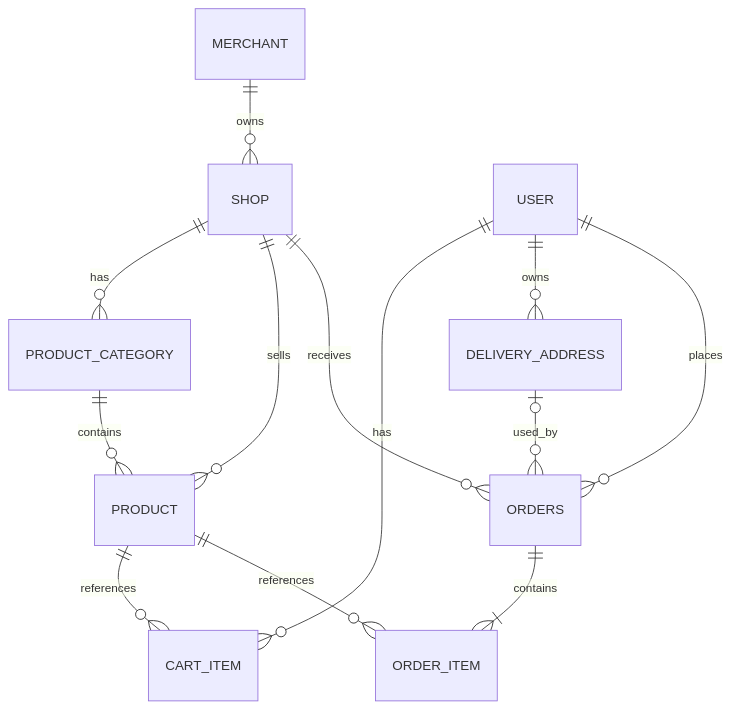
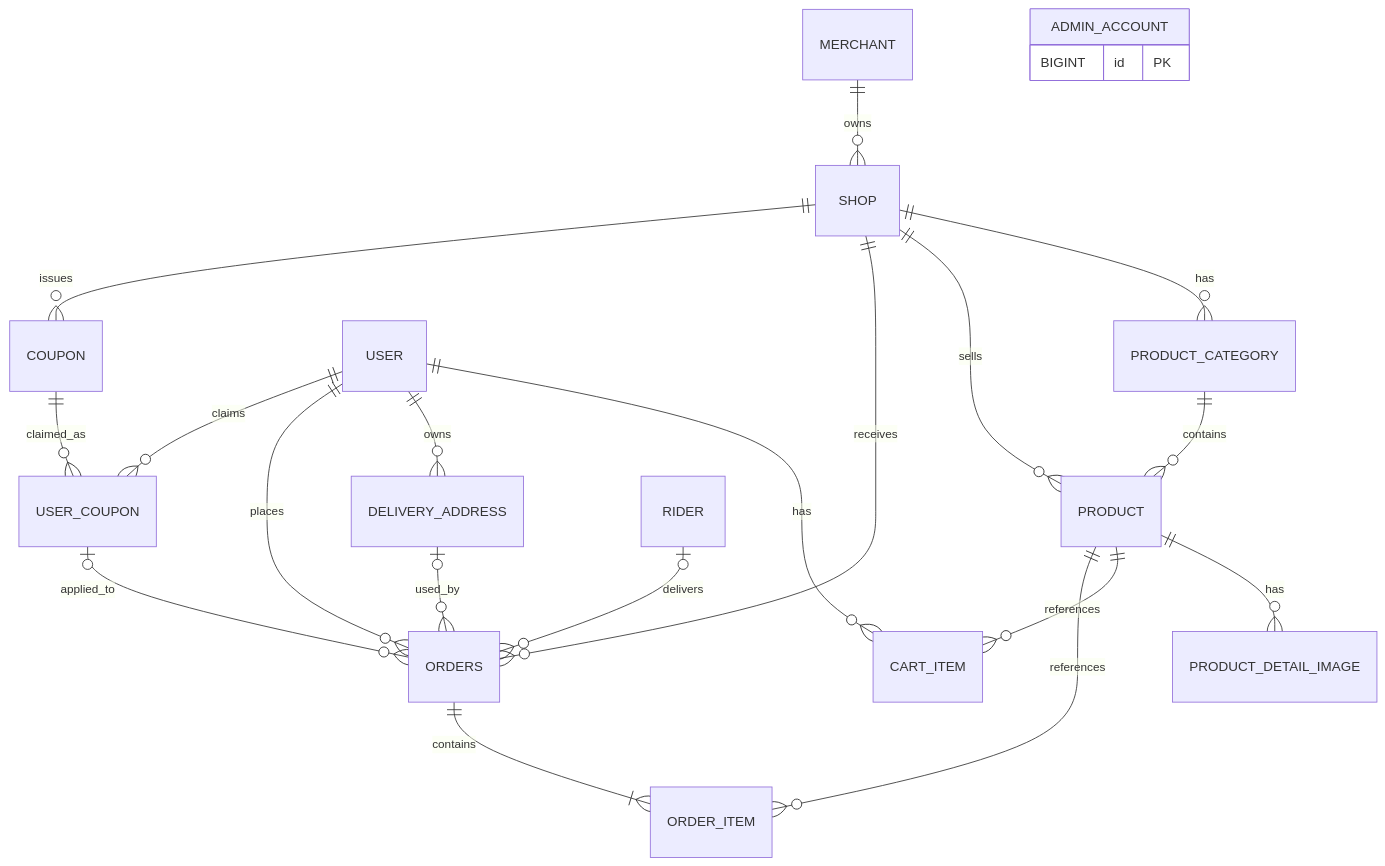
The diagram in docs/database/er-diagram.md (zhipeng-yu/elm-lite-platform), drawn with Mermaid before and after one commit. The commit also changed other lines of this file and 1 other file, not shown here.

Commit message:
docs(database): 更新 V1-V7 数据字典与 ER 图

````diff
--- a/docs/database/er-diagram.md
+++ b/docs/database/er-diagram.md
@@ -21,18 +26,30 @@
 ```mermaid
 erDiagram
     MERCHANT ||--o{ SHOP : owns
     SHOP ||--o{ PRODUCT_CATEGORY : has
     SHOP ||--o{ PRODUCT : sells
     PRODUCT_CATEGORY ||--o{ PRODUCT : contains
+    PRODUCT ||--o{ PRODUCT_DETAIL_IMAGE : has
 
     USER ||--o{ CART_ITEM : has
     PRODUCT ||--o{ CART_ITEM : references
 
     USER ||--o{ DELIVERY_ADDRESS : owns
     USER ||--o{ ORDERS : places
     SHOP ||--o{ ORDERS : receives
     DELIVERY_ADDRESS |o--o{ ORDERS : used_by
 
+    SHOP ||--o{ COUPON : issues
+    USER ||--o{ USER_COUPON : claims
+    COUPON ||--o{ USER_COUPON : claimed_as
+    USER_COUPON |o--o{ ORDERS : applied_to
+
+    RIDER |o--o{ ORDERS : delivers
+
     ORDERS ||--|{ ORDER_ITEM : contains
     PRODUCT ||--o{ ORDER_ITEM : references
+
+    ADMIN_ACCOUNT {
+        BIGINT id PK
+    }
 ```
````
